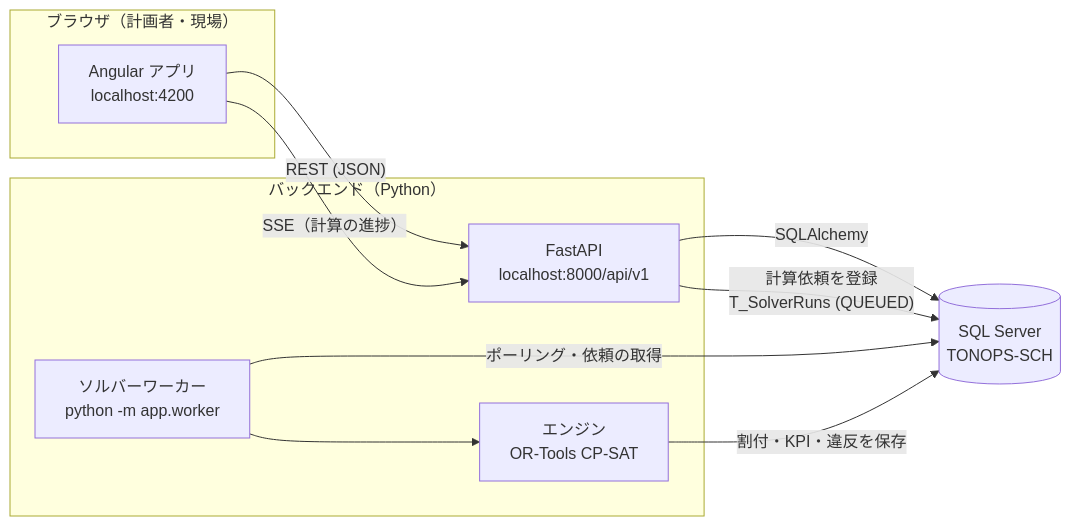
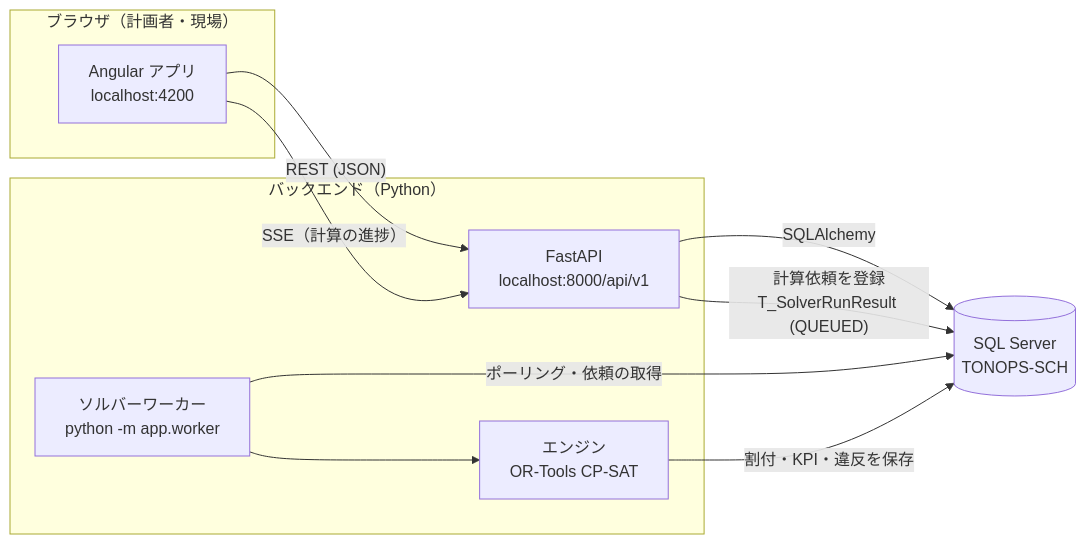
The first of 4 diagrams in docs/SYSTEM_OVERVIEW.md (tds-dev/TONOPS-SCH-backend), drawn with Mermaid before and after one commit. The commit also changed other lines of this file and 23 other files, not shown here.

Commit message:
（DB）「site」→「location」 / T_SolverRuns→T_SolverRunResult

````diff
--- a/docs/SYSTEM_OVERVIEW.md
+++ b/docs/SYSTEM_OVERVIEW.md
@@ -41,20 +41,20 @@
 ```mermaid
 flowchart LR
   subgraph Browser["ブラウザ（計画者・現場）"]
     FE["Angular アプリ<br/>localhost:4200"]
   end
   subgraph Backend["バックエンド（Python）"]
     API["FastAPI<br/>localhost:8000/api/v1"]
     W["ソルバーワーカー<br/>python -m app.worker"]
     ENG["エンジン<br/>OR-Tools CP-SAT"]
   end
   DB[("SQL Server<br/>TONOPS-SCH")]
 
   FE -- "REST (JSON)" --> API
   FE -- "SSE（計算の進捗）" --> API
   API -- "SQLAlchemy" --> DB
-  API -- "計算依頼を登録<br/>T_SolverRuns (QUEUED)" --> DB
+  API -- "計算依頼を登録<br/>T_SolverRunResult (QUEUED)" --> DB
   W -- "ポーリング・依頼の取得" --> DB
   W --> ENG
   ENG -- "割付・KPI・違反を保存" --> DB
 ```
````
